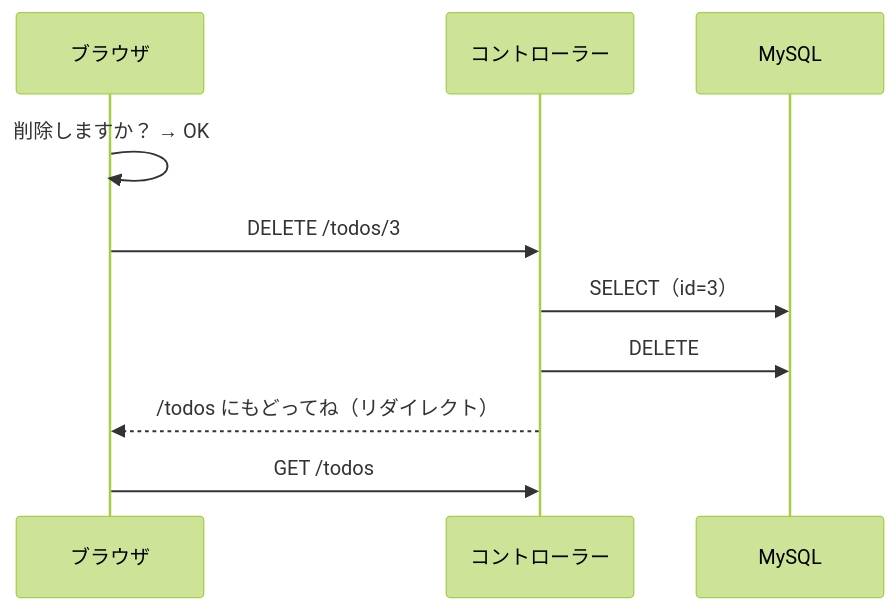
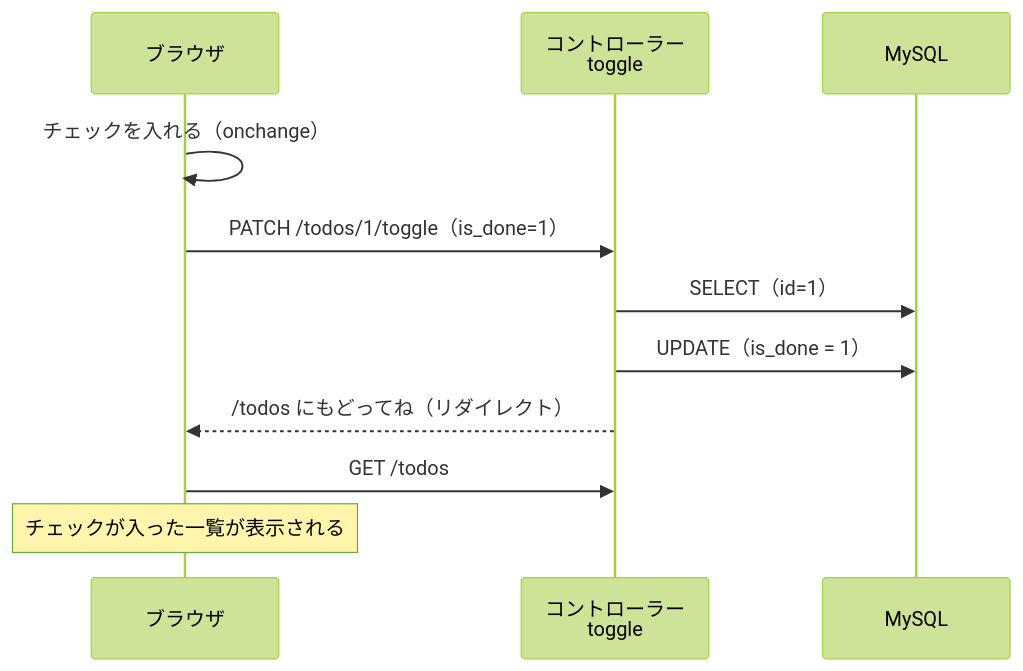
The fourth of 5 diagrams in docs/1年生_データ設計とアプリ開発/後期/20261029/20261029_資料_2.md (hakobunet/iica-koyama), drawn with Mermaid (forest theme) before and after one commit. The commit also changed other lines of this file and 5 other files, not shown here.

````diff
--- a/docs/1年生_データ設計とアプリ開発/後期/20261029/20261029_資料_2.md
+++ b/docs/1年生_データ設計とアプリ開発/後期/20261029/20261029_資料_2.md
@@ -177,12 +308,13 @@
 ```mermaid
 sequenceDiagram
     participant B as ブラウザ
-    participant C as コントローラー
+    participant C as コントローラー<br>toggle
     participant D as MySQL
-    B->>B: 削除しますか？ → OK
-    B->>C: DELETE /todos/3
-    C->>D: SELECT（id=3）
-    C->>D: DELETE
+    B->>B: チェックを入れる（onchange）
+    B->>C: PATCH /todos/1/toggle（is_done=1）
+    C->>D: SELECT（id=1）
+    C->>D: UPDATE（is_done = 1）
     C-->>B: /todos にもどってね（リダイレクト）
     B->>C: GET /todos
+    Note over B: チェックが入った一覧が表示される
 ```
````
